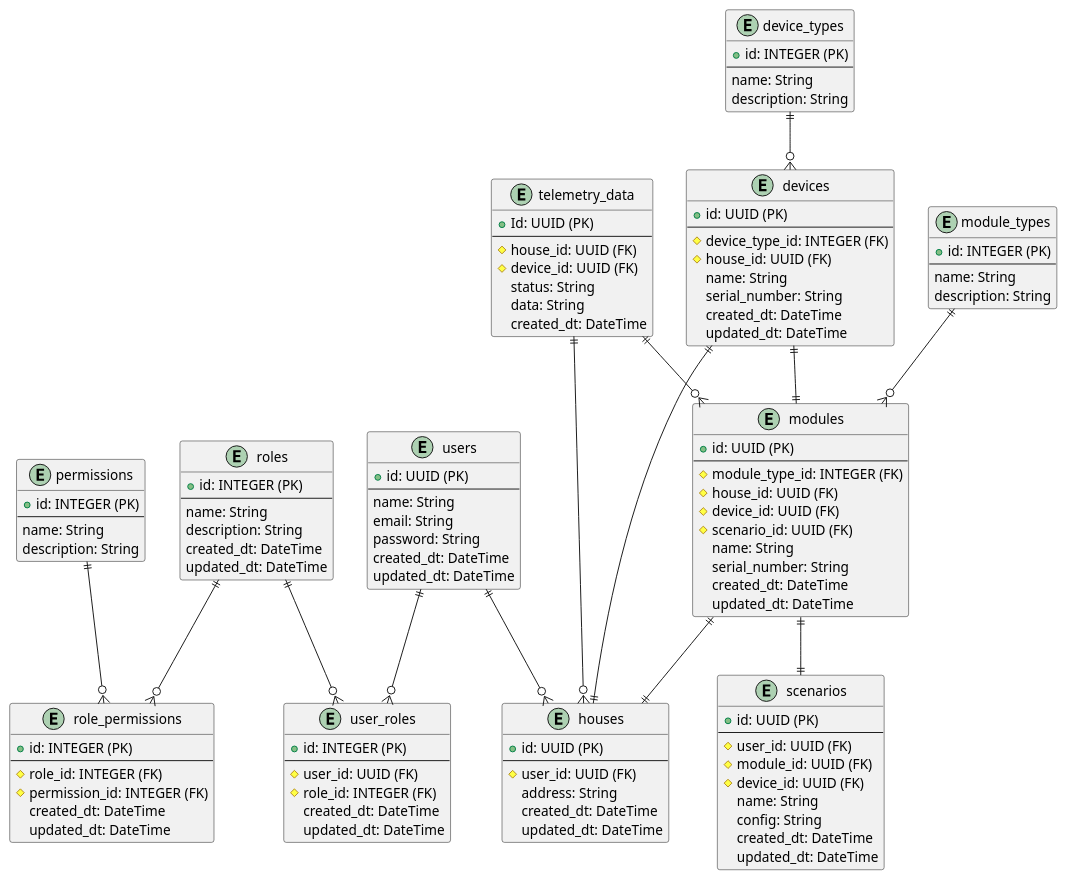
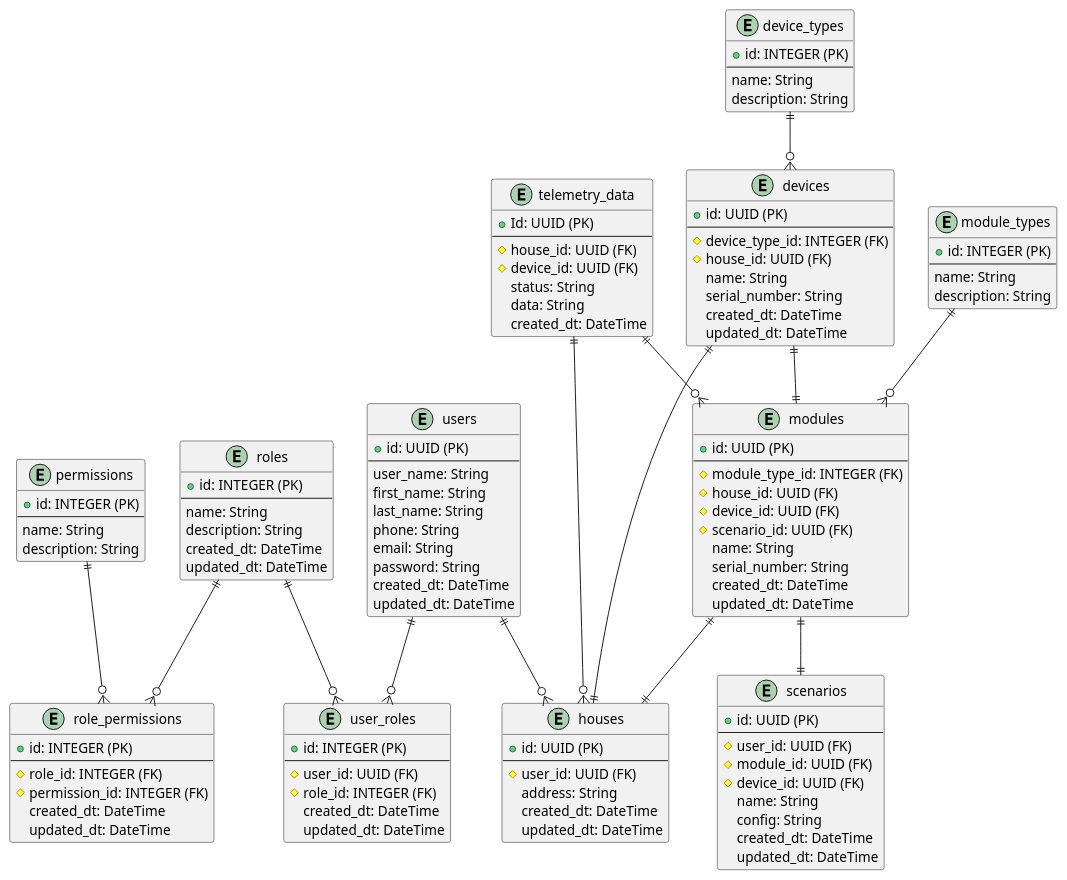
Before and after one commit to wiky-avis/architecture-sprint-3: the diagram in docs/diagrams/to_be/SmartHome_ER.puml, drawn with PlantUML. The commit also changed 5 other files, not shown here.

```diff
--- a/docs/diagrams/to_be/SmartHome_ER.puml
+++ b/docs/diagrams/to_be/SmartHome_ER.puml
@@ -1,129 +1,132 @@
 @startuml
 entity users {
   + id: UUID (PK)
   --
-  name: String
+  user_name: String
+  first_name: String
+  last_name: String
+  phone: String
   email: String
   password: String
   created_dt: DateTime
   updated_dt: DateTime
 }
 
 entity roles {
   + id: INTEGER (PK)
   --
   name: String
   description: String
   created_dt: DateTime
   updated_dt: DateTime
 }
 
 entity user_roles {
   + id: INTEGER (PK)
   --
   # user_id: UUID (FK)
   # role_id: INTEGER (FK)
   created_dt: DateTime
   updated_dt: DateTime
 }
 
 entity permissions {
   + id: INTEGER (PK)
   --
   name: String
   description: String
 }
 
 entity role_permissions {
   + id: INTEGER (PK)
   --
   # role_id: INTEGER (FK)
   # permission_id: INTEGER (FK)
   created_dt: DateTime
   updated_dt: DateTime
 }
 
 entity houses {
   + id: UUID (PK)
   --
   # user_id: UUID (FK)
   address: String
   created_dt: DateTime
   updated_dt: DateTime
 }
 
 entity modules {
   + id: UUID (PK)
   --
   # module_type_id: INTEGER (FK)
   # house_id: UUID (FK)
   # device_id: UUID (FK)
   # scenario_id: UUID (FK)
   name: String
   serial_number: String
   created_dt: DateTime
   updated_dt: DateTime
 }
 
 entity module_types {
   + id: INTEGER (PK)
   --
   name: String
   description: String
 }
 
 entity devices {
   + id: UUID (PK)
   --
   # device_type_id: INTEGER (FK)
   # house_id: UUID (FK)
   name: String
   serial_number: String
   created_dt: DateTime
   updated_dt: DateTime
 }
 
 entity device_types {
   + id: INTEGER (PK)
   --
   name: String
   description: String
 }
 
 entity telemetry_data {
   + Id: UUID (PK)
   --
   # house_id: UUID (FK)
   # device_id: UUID (FK)
   status: String
   data: String
   created_dt: DateTime
 }
 
 entity scenarios {
   + id: UUID (PK)
   --
   # user_id: UUID (FK)
   # module_id: UUID (FK)
   # device_id: UUID (FK)
   name: String
   config: String
   created_dt: DateTime
   updated_dt: DateTime
 }
 
 users ||--o{ user_roles
 roles ||--o{ user_roles
 roles ||--o{ role_permissions
 permissions ||--o{ role_permissions
 users ||--o{ houses
 module_types ||--o{ modules
 modules ||--|| houses
 device_types ||--o{ devices
 devices ||--|| modules
 devices ||--|| houses
 telemetry_data ||--o{ modules
 telemetry_data ||--o{ houses
 modules ||--|| scenarios
 
 @enduml
```
